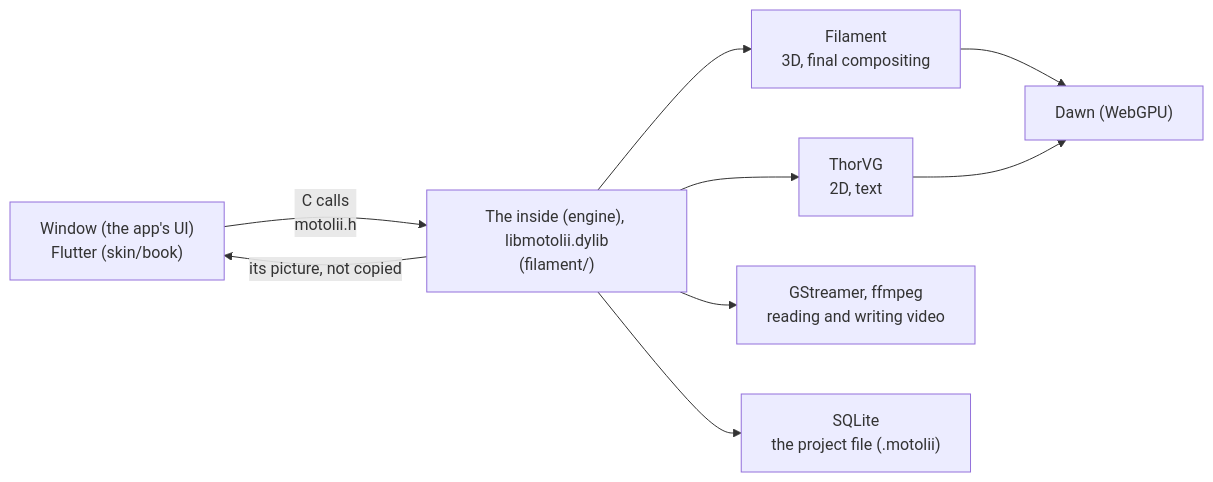
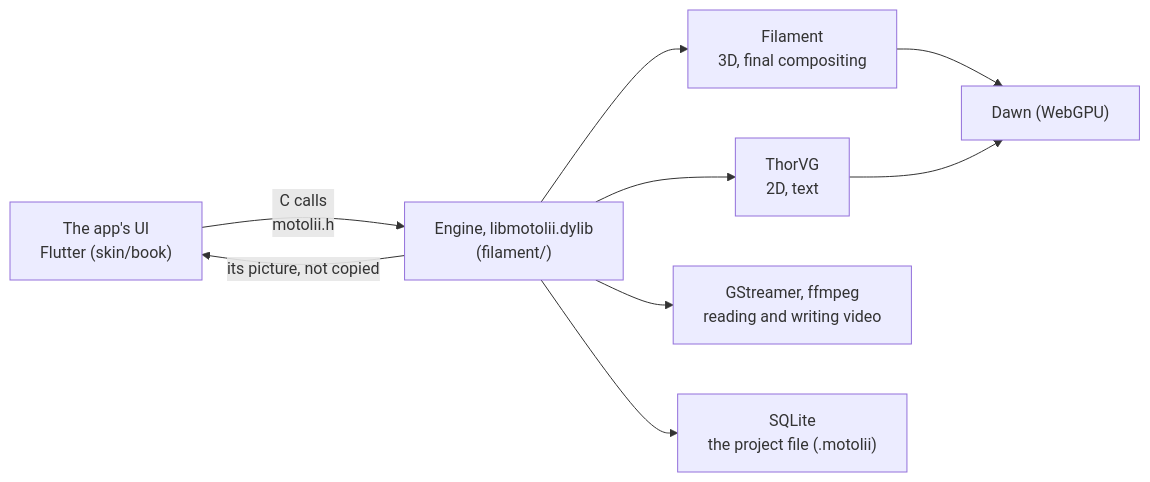
One commit to oshikaidesu/Motolii changed the diagram in README.en.md. Above: the diagram before and after it, drawn with Mermaid. The commit also changed other lines of this file and 25 other files, not shown here.

````diff
--- a/README.en.md
+++ b/README.en.md
@@ -53,11 +59,11 @@
 ```mermaid
 flowchart LR
-  W["Window (the app's UI)<br/>Flutter (skin/book)"] -- "C calls<br/>motolii.h" --> E["The inside (engine), libmotolii.dylib<br/>(filament/)"]
+  W["The app's UI<br/>Flutter (skin/book)"] -- "C calls<br/>motolii.h" --> E["Engine, libmotolii.dylib<br/>(filament/)"]
   E --> F["Filament<br/>3D, final compositing"]
   E --> T["ThorVG<br/>2D, text"]
   E --> G["GStreamer, ffmpeg<br/>reading and writing video"]
   E --> S["SQLite<br/>the project file (.motolii)"]
   F --> D["Dawn (WebGPU)"]
   T --> D
   E -- "its picture, not copied" --> W
 ```
````
